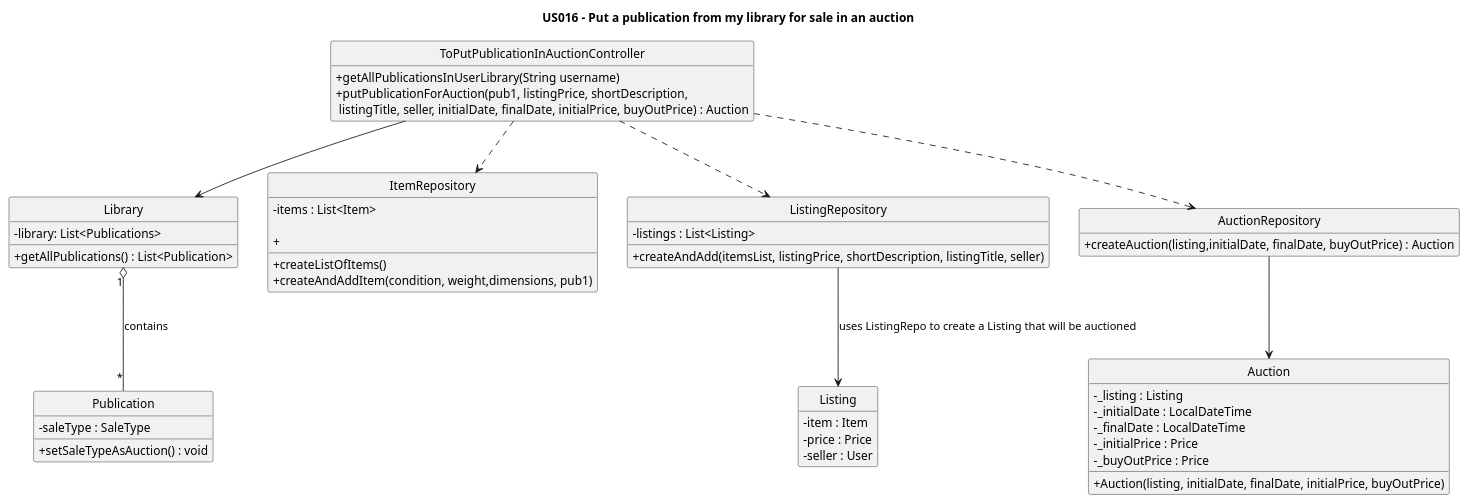
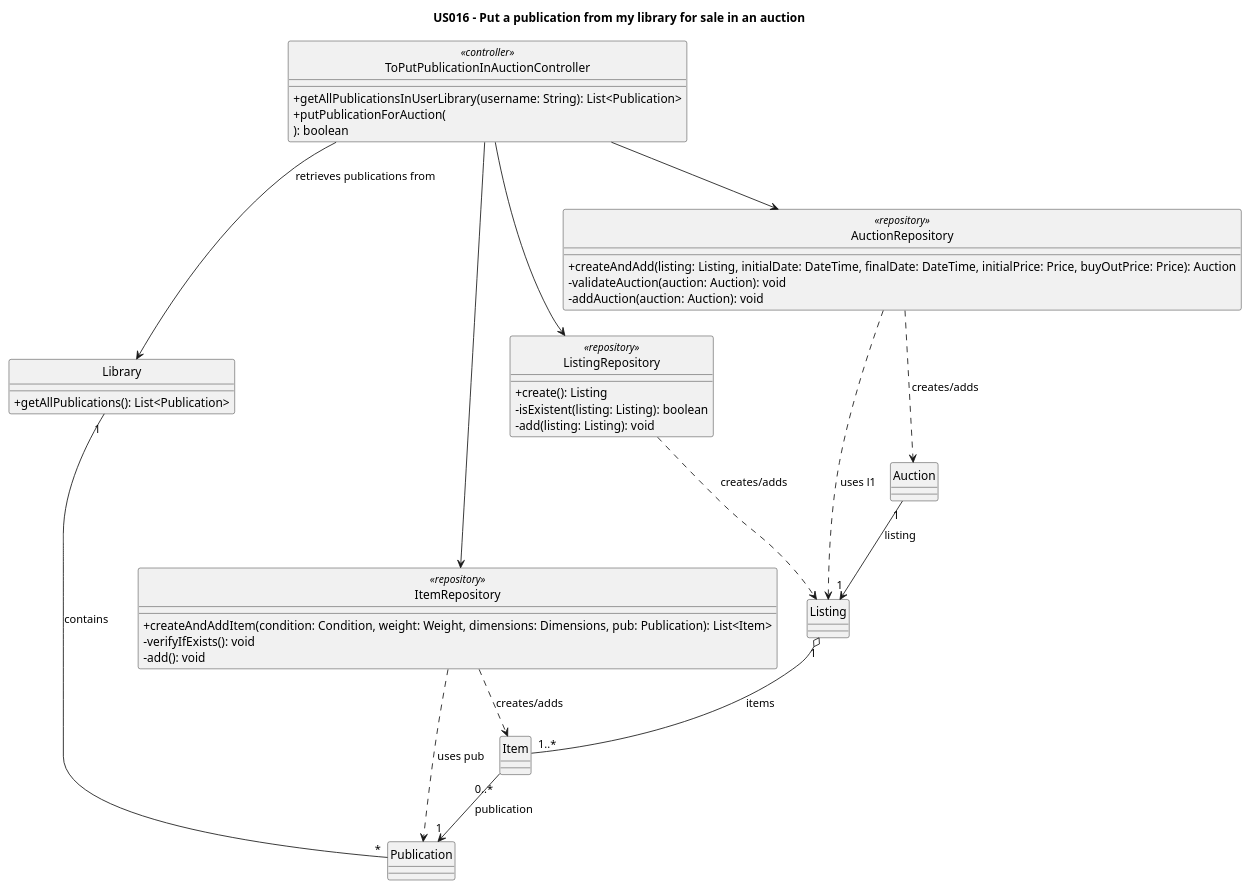
The diagram in Diagrams/ClassDiagrams/US016-to-put-for-sale-as-Auction-publication-in-my-library.puml (AndrePereiraGitH/SWitCH-Project-Team_A), drawn with PlantUML before and after one commit. The commit also changed 1 other file, not shown here.

```diff
--- a/Diagrams/ClassDiagrams/US016-to-put-for-sale-as-Auction-publication-in-my-library.puml
+++ b/Diagrams/ClassDiagrams/US016-to-put-for-sale-as-Auction-publication-in-my-library.puml
@@ -1,72 +1,77 @@
 @startuml
-hide empty members
 hide circle
 skinparam classAttributeIconSize 0
 title US016 - Put a publication from my library for sale in an auction
 
 
-  class Library {
-    -library: List<Publications>
-    +getAllPublications() : List<Publication>
-  }
 
+class ToPutPublicationInAuctionController <<controller>> {
+  +getAllPublicationsInUserLibrary(username: String): List<Publication>
+  +putPublicationForAuction(
+    /'-pub: Publication,
+    -listingPrice: Price,
+    -shortDescription: String,
+    -listingTitle: String,
+    -seller: String,
+    -initialDate: DateTime,
+    -finalDate: DateTime,
+    -initialPrice: Price,
+    -buyOutPrice: Price'/
+  ): boolean
+}
 
-  class Publication {
-    -saleType : SaleType
-    +setSaleTypeAsAuction() : void
-  }
+class Library  {
+  +getAllPublications(): List<Publication>
+}
 
-  class Listing {
-    -item : Item
-    -price : Price
-    -seller : User
-  }
+class Publication
+class Item
+class Listing
+class Auction
 
+class ItemRepository <<repository>> {
+  +createAndAddItem(condition: Condition, weight: Weight, dimensions: Dimensions, pub: Publication): List<Item>
+  -verifyIfExists(): void
+  -add(): void
+}
 
-  class Auction {
-    -_listing : Listing
-    -_initialDate : LocalDateTime
-    -_finalDate : LocalDateTime
-    -_initialPrice : Price
-    -_buyOutPrice : Price
+class ListingRepository <<repository>> {
+  +create(): Listing
+  -isExistent(listing: Listing): boolean
+  -add(listing: Listing): void
+}
 
-    +Auction(listing, initialDate, finalDate, initialPrice, buyOutPrice)
-  }
+class AuctionRepository <<repository>> {
+  +createAndAdd(listing: Listing, initialDate: DateTime, finalDate: DateTime, initialPrice: Price, buyOutPrice: Price): Auction
+  -validateAuction(auction: Auction): void
+  -addAuction(auction: Auction): void
+}
 
-  class ItemRepository {
-    -items : List<Item>
+'======================
+' Controller uses
+'======================
+ToPutPublicationInAuctionController --> Library : retrieves publications from
+ToPutPublicationInAuctionController --> ItemRepository
+ToPutPublicationInAuctionController --> ListingRepository
+ToPutPublicationInAuctionController --> AuctionRepository
 
-    +createListOfItems()
-    +createAndAddItem(condition, weight,dimensions, pub1)
-    +
+'======================
+' Repositories handles with
+'======================
+ItemRepository ..> Item : creates/adds
+ItemRepository ..> Publication : uses pub
 
-  }
+ListingRepository ..> Listing : creates/adds
 
-  class ListingRepository {
-    -listings : List<Listing>
+AuctionRepository ..> Auction : creates/adds
+AuctionRepository ..> Listing : uses l1
 
-    +createAndAdd(itemsList, listingPrice, shortDescription, listingTitle, seller)
-  }
-
-  class AuctionRepository {
-    +createAuction(listing,initialDate, finalDate, buyOutPrice) : Auction
-  }
-
-  class ToPutPublicationInAuctionController {
-    +getAllPublicationsInUserLibrary(String username)
-    +putPublicationForAuction(pub1, listingPrice, shortDescription,\n listingTitle, seller, initialDate, finalDate, initialPrice, buyOutPrice) : Auction
-  }
-
-' -------------------- Relationships --------------------
-
-ToPutPublicationInAuctionController --> Library
-
-Library "1" o-- "*" Publication : contains
-
-ToPutPublicationInAuctionController ..> AuctionRepository
-AuctionRepository --> Auction
-ToPutPublicationInAuctionController ..> ListingRepository
-ListingRepository --> Listing : uses ListingRepo to create a Listing that will be auctioned
-ToPutPublicationInAuctionController ..> ItemRepository
+'======================
+' Domain interactions
+'======================
+Library "1" -- "*" Publication : contains
+Item "0..*" --> "1" Publication : publication
+Listing "1" o-- "1..*" Item : items
+Auction "1" --> "1" Listing : listing
 
 @enduml
```
